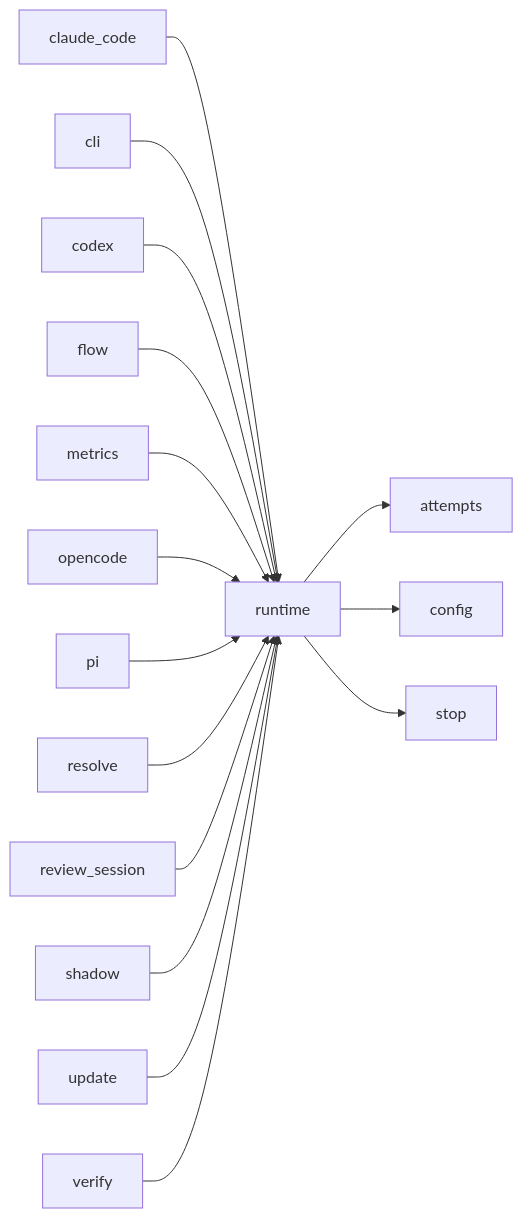
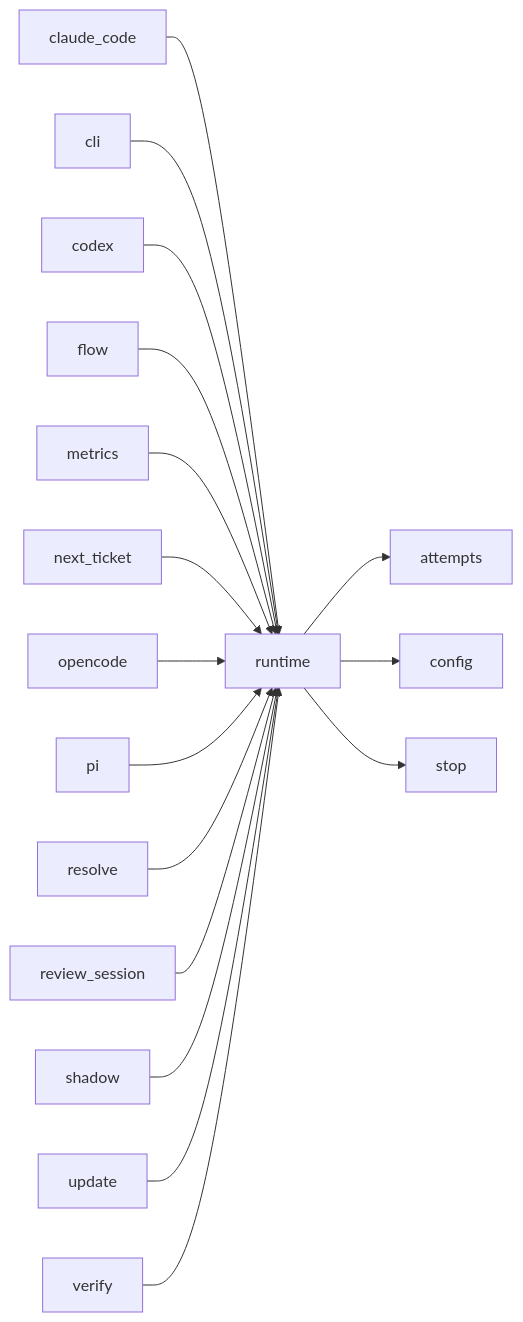
One commit to plaplanche/ariane changed the third of 3 diagrams in docs/architecture/modules/runtime.md. Above: the diagram before and after it, drawn with Mermaid. The commit also changed 42 other files, not shown here.

Commit message:
#223: ariane next: propose the next ticket that can start safely next to the running ones, start it on the owner's confirmation (C11, C22, C23)

````diff
--- a/docs/architecture/modules/runtime.md
+++ b/docs/architecture/modules/runtime.md
@@ -85,18 +85,19 @@
 ```mermaid
 flowchart LR
   claude_code --> runtime
   cli --> runtime
   codex --> runtime
   flow --> runtime
   metrics --> runtime
+  next_ticket --> runtime
   opencode --> runtime
   pi --> runtime
   resolve --> runtime
   review_session --> runtime
   runtime --> attempts
   runtime --> config
   runtime --> stop
   shadow --> runtime
   update --> runtime
   verify --> runtime
 ```
````
